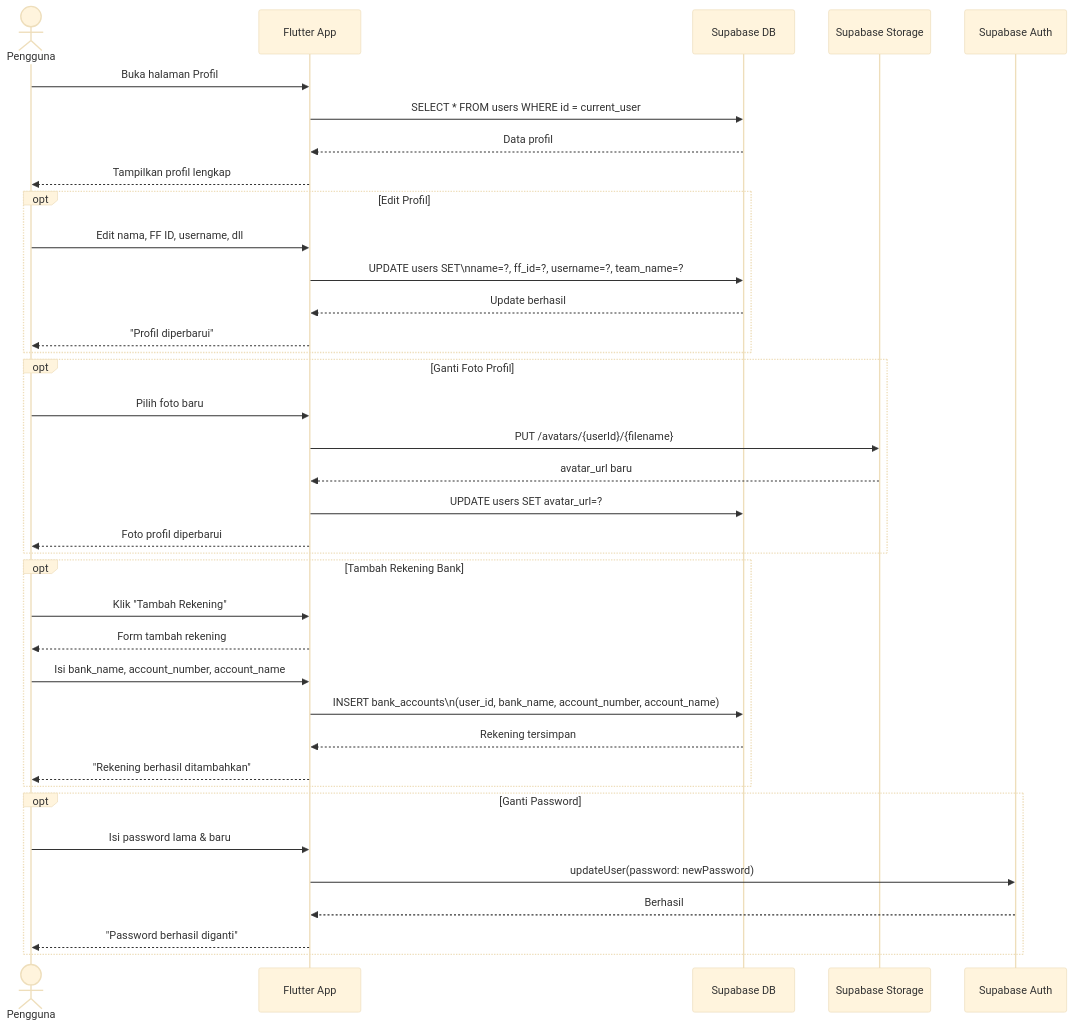
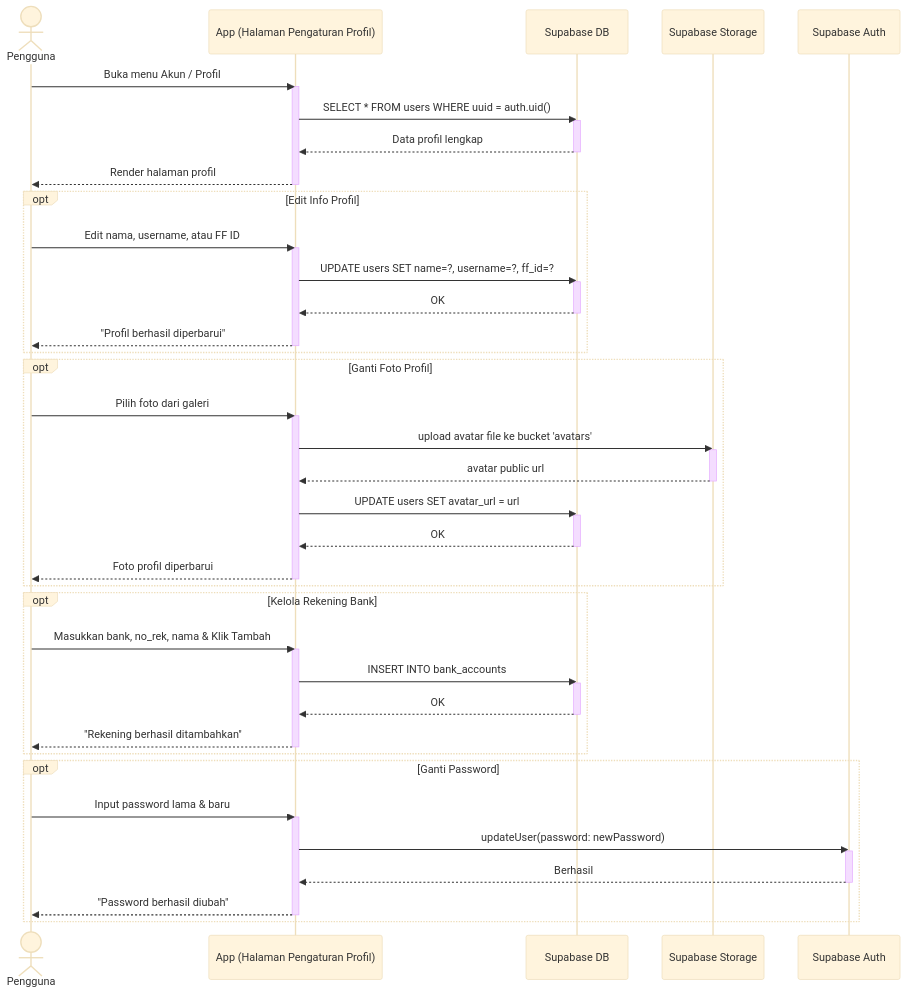
Diagram 34 of 47 in DOKUMENTASI.md (yosima050/booyahhub), drawn with Mermaid (base theme) before and after one commit. The commit also changed other lines of this file, not shown here.

Commit message:
docs: update user flow documentation with expanded process steps and refined sequence diagrams

````diff
--- a/DOKUMENTASI.md
+++ b/DOKUMENTASI.md
@@ -1133,44 +1267,65 @@
 ```mermaid
 sequenceDiagram
     actor Pengguna
-    participant App as Flutter App
+    participant App as App (Halaman Pengaturan Profil)
     participant DB as Supabase DB
     participant Storage as Supabase Storage
     participant SupaAuth as Supabase Auth
 
-    Pengguna->>App: Buka halaman Profil
-    App->>DB: SELECT * FROM users WHERE id = current_user
-    DB-->>App: Data profil
-    App-->>Pengguna: Tampilkan profil lengkap
+    Pengguna->>App: Buka menu Akun / Profil
+    activate App
+    App->>DB: SELECT * FROM users WHERE uuid = auth.uid()
+    activate DB
+    DB-->>App: Data profil lengkap
+    deactivate DB
+    App-->>Pengguna: Render halaman profil
+    deactivate App
 
-    opt Edit Profil
-        Pengguna->>App: Edit nama, FF ID, username, dll
-        App->>DB: UPDATE users SET\nname=?, ff_id=?, username=?, team_name=?
-        DB-->>App: Update berhasil
-        App-->>Pengguna: "Profil diperbarui"
+    opt Edit Info Profil
+        Pengguna->>App: Edit nama, username, atau FF ID
+        activate App
+        App->>DB: UPDATE users SET name=?, username=?, ff_id=?
+        activate DB
+        DB-->>App: OK
+        deactivate DB
+        App-->>Pengguna: "Profil berhasil diperbarui"
+        deactivate App
     end
 
     opt Ganti Foto Profil
-        Pengguna->>App: Pilih foto baru
-        App->>Storage: PUT /avatars/{userId}/{filename}
-        Storage-->>App: avatar_url baru
-        App->>DB: UPDATE users SET avatar_url=?
+        Pengguna->>App: Pilih foto dari galeri
+        activate App
+        App->>Storage: upload avatar file ke bucket 'avatars'
+        activate Storage
+        Storage-->>App: avatar public url
+        deactivate Storage
+        App->>DB: UPDATE users SET avatar_url = url
+        activate DB
+        DB-->>App: OK
+        deactivate DB
         App-->>Pengguna: Foto profil diperbarui
+        deactivate App
     end
 
-    opt Tambah Rekening Bank
-        Pengguna->>App: Klik "Tambah Rekening"
-        App-->>Pengguna: Form tambah rekening
-        Pengguna->>App: Isi bank_name, account_number, account_name
-        App->>DB: INSERT bank_accounts\n(user_id, bank_name, account_number, account_name)
-        DB-->>App: Rekening tersimpan
+    opt Kelola Rekening Bank
+        Pengguna->>App: Masukkan bank, no_rek, nama & Klik Tambah
+        activate App
+        App->>DB: INSERT INTO bank_accounts
+        activate DB
+        DB-->>App: OK
+        deactivate DB
         App-->>Pengguna: "Rekening berhasil ditambahkan"
+        deactivate App
     end
 
     opt Ganti Password
-        Pengguna->>App: Isi password lama & baru
+        Pengguna->>App: Input password lama & baru
+        activate App
         App->>SupaAuth: updateUser(password: newPassword)
+        activate SupaAuth
         SupaAuth-->>App: Berhasil
-        App-->>Pengguna: "Password berhasil diganti"
+        deactivate SupaAuth
+        App-->>Pengguna: "Password berhasil diubah"
+        deactivate App
     end
 ```
````
